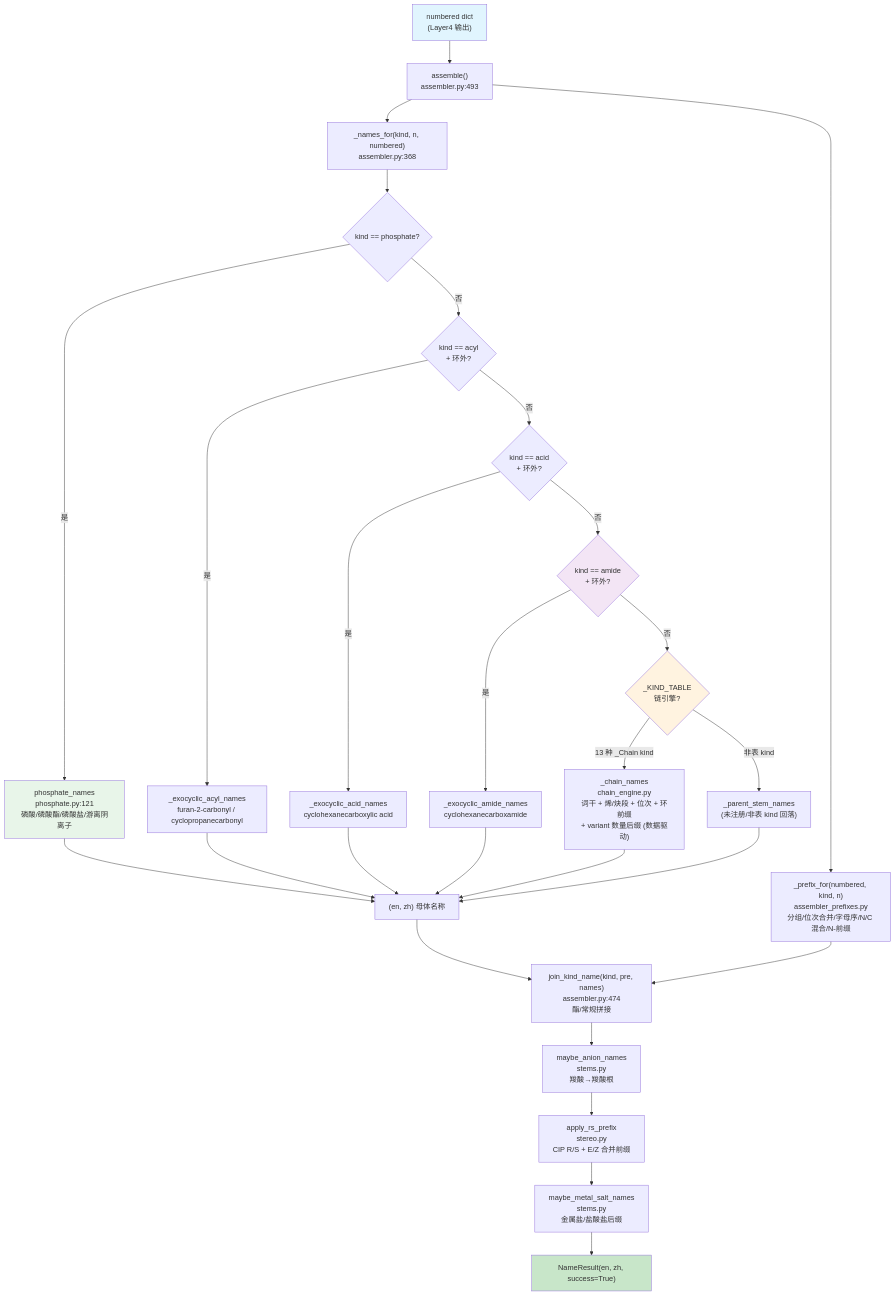
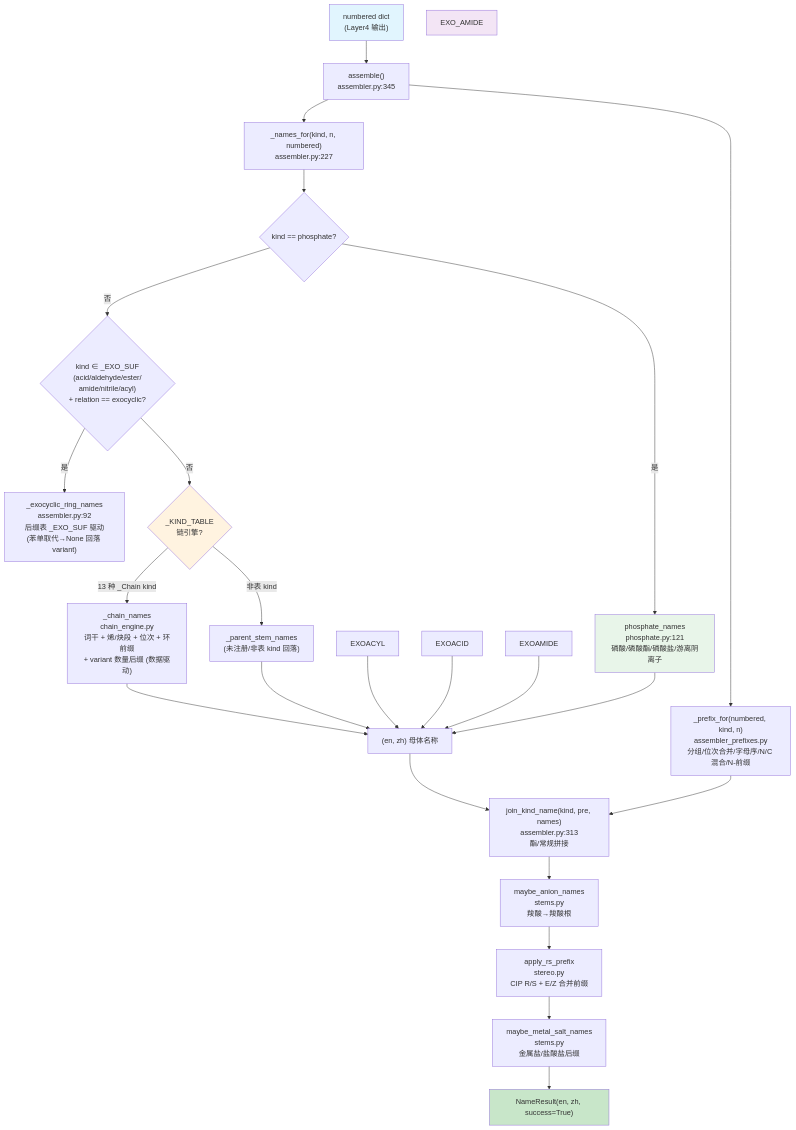
One commit to zouxiaofei1/OpenSMILES changed the diagram in docs/wiki/architecture/layer5-name-assembly.md. Above: the diagram before and after it, drawn with Mermaid. The commit also changed other lines of this file and 8 other files, not shown here.

````diff
--- a/docs/wiki/architecture/layer5-name-assembly.md
+++ b/docs/wiki/architecture/layer5-name-assembly.md
@@ -254,41 +253,37 @@
 ```mermaid
 flowchart TD
-    NUMBERED["numbered dict\n(Layer4 输出)"] --> ASSEMBLE["assemble()\nassembler.py:493"]
+    NUMBERED["numbered dict\n(Layer4 输出)"] --> ASSEMBLE["assemble()\nassembler.py:345"]
 
-    ASSEMBLE --> NAMES_FOR["_names_for(kind, n, numbered)\nassembler.py:368"]
+    ASSEMBLE --> NAMES_FOR["_names_for(kind, n, numbered)\nassembler.py:227"]
 
     NAMES_FOR --> PHOS{"kind == phosphate?"}
     PHOS -->|"是"| PHOSW["phosphate_names\nphosphate.py:121\n磷酸/磷酸酯/磷酸盐/游离阴离子"]
-    PHOS -->|"否"| EXO_ACYL{"kind == acyl\n+ 环外?"}
-    EXO_ACYL -->|"是"| EXOACYL["_exocyclic_acyl_names\nfuran-2-carbonyl / cyclopropanecarbonyl"]
-    EXO_ACYL -->|"否"| EXO_ACID{"kind == acid\n+ 环外?"}
-    EXO_ACID -->|"是"| EXOACID["_exocyclic_acid_names\ncyclohexanecarboxylic acid"]
-    EXO_ACID -->|"否"| EXO_AMIDE{"kind == amide\n+ 环外?"}
-    EXO_AMIDE -->|"是"| EXOAMIDE["_exocyclic_amide_names\ncyclohexanecarboxamide"]
-    EXO_AMIDE -->|"否"| CHAIN{"_KIND_TABLE\n链引擎?"}
+    PHOS -->|"否"| EXO{"kind ∈ _EXO_SUF\n(acid/aldehyde/ester/\namide/nitrile/acyl)\n+ relation == exocyclic?"}
+    EXO -->|"是"| EXOW["_exocyclic_ring_names\nassembler.py:92\n后缀表 _EXO_SUF 驱动\n(苯单取代→None 回落 variant)"]
+    EXO -->|"否"| CHAIN{"_KIND_TABLE\n链引擎?"}
     CHAIN -->|"13 种 _Chain kind"| ENG["_chain_names\nchain_engine.py\n词干 + 烯/炔段 + 位次 + 环前缀\n+ variant 数量后缀 (数据驱动)"]
     CHAIN -->|"非表 kind"| WORKER["_parent_stem_names\n(未注册/非表 kind 回落)"]
 
     ENG --> PARENT_NAME["(en, zh) 母体名称"]
     WORKER --> PARENT_NAME
     EXOACYL --> PARENT_NAME
     EXOACID --> PARENT_NAME
     EXOAMIDE --> PARENT_NAME
     PHOSW --> PARENT_NAME
 
     ASSEMBLE --> PREFIX["_prefix_for(numbered, kind, n)\nassembler_prefixes.py\n分组/位次合并/字母序/N/C 混合/N-前缀"]
 
-    PARENT_NAME --> JOIN["join_kind_name(kind, pre, names)\nassembler.py:474\n酯/常规拼接"]
+    PARENT_NAME --> JOIN["join_kind_name(kind, pre, names)\nassembler.py:313\n酯/常规拼接"]
     PREFIX --> JOIN
 
     JOIN --> ANION["maybe_anion_names\nstems.py\n羧酸→羧酸根"]
     ANION --> RS["apply_rs_prefix\nstereo.py\nCIP R/S + E/Z 合并前缀"]
     RS --> SALT["maybe_metal_salt_names\nstems.py\n金属盐/盐酸盐后缀"]
     SALT --> RESULT["NameResult(en, zh, success=True)"]
 
     style NUMBERED fill:#e1f5fe
     style RESULT fill:#c8e6c9
     style CHAIN fill:#fff3e0
     style EXO_AMIDE fill:#f3e5f5
     style PHOSW fill:#e8f5e9
 ```
````
